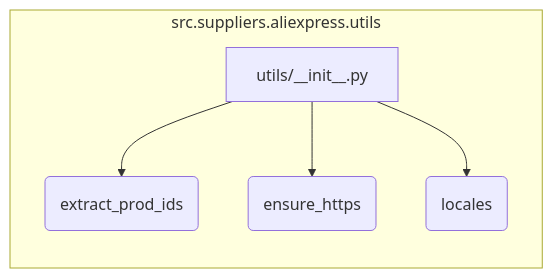
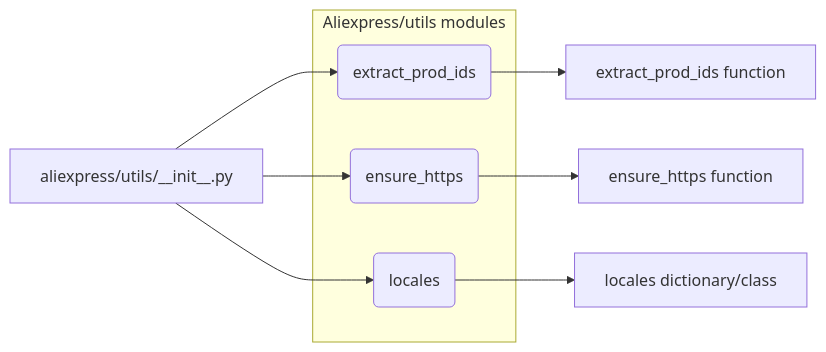
One commit to hypo69/hypo changed the diagram in docs/gemini/ru/explainer/src/suppliers/aliexpress/utils/__init__.md. Above: the diagram before and after it, drawn with Mermaid. The commit also changed other lines of this file and 468 other files, not shown here.

````diff
--- a/docs/gemini/ru/explainer/src/suppliers/aliexpress/utils/__init__.md
+++ b/docs/gemini/ru/explainer/src/suppliers/aliexpress/utils/__init__.md
@@ -42,8 +40,14 @@
 ```mermaid
 graph LR
-    subgraph "src.suppliers.aliexpress.utils"
-        A[utils/__init__.py] --> B(extract_prod_ids)
-        A --> C(ensure_https)
-        A --> D(locales)
+    A[aliexpress/utils/__init__.py] --> B(extract_prod_ids);
+    A --> C(ensure_https);
+    A --> D(locales);
+    B --> E[extract_prod_ids function];
+    C --> F[ensure_https function];
+    D --> G[locales dictionary/class];
+    subgraph "Aliexpress/utils modules"
+      B
+      C
+      D
     end
 ```
````
